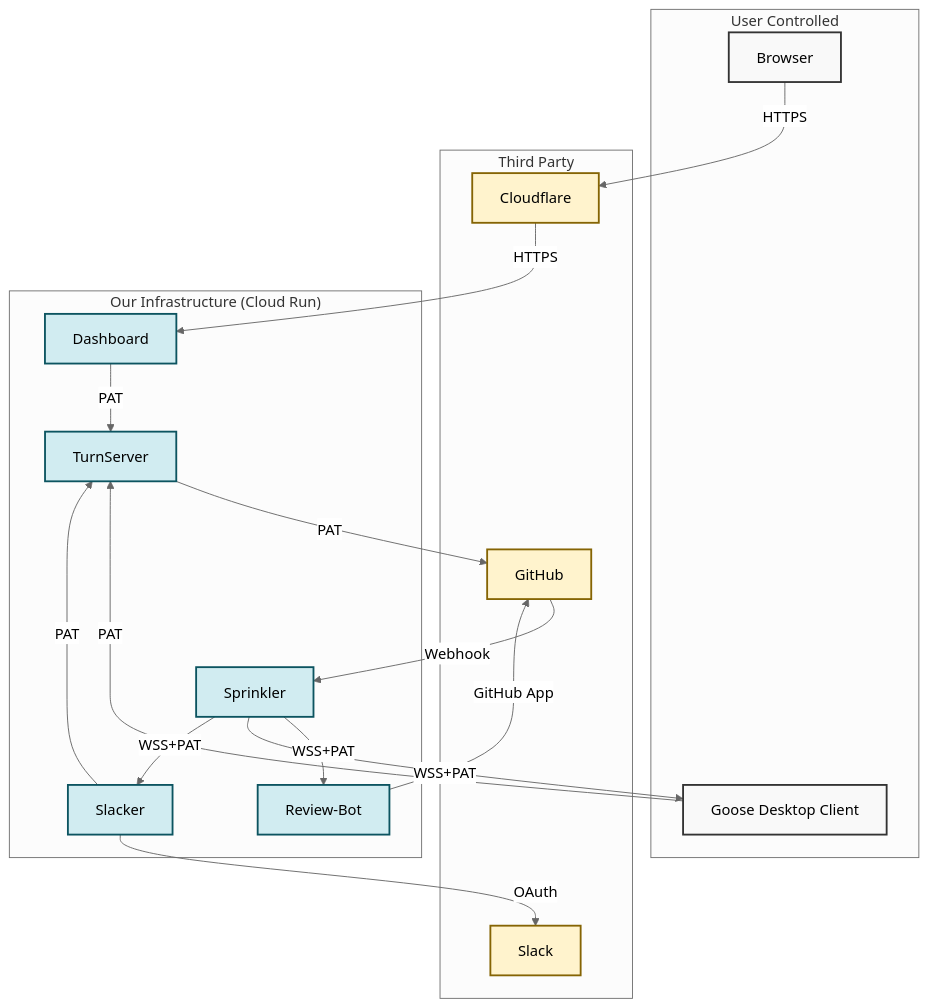
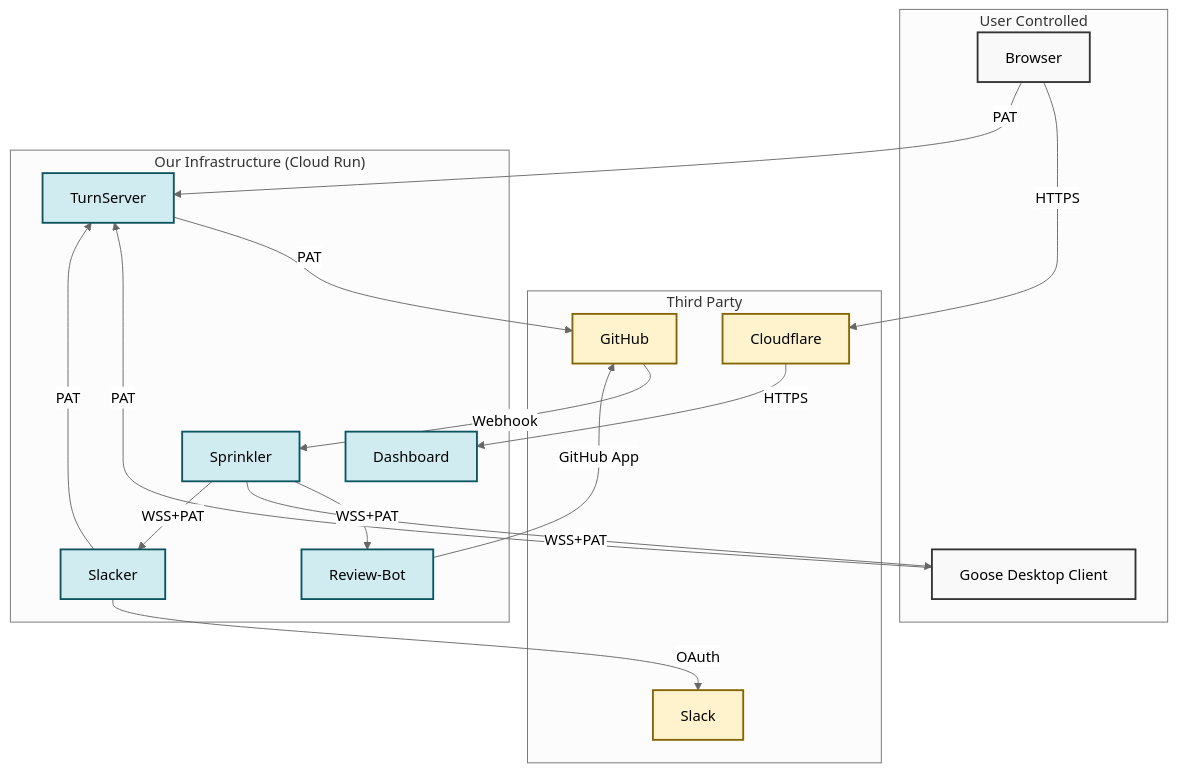
The third of 3 diagrams in README.md (codeGROOVE-dev/architecture), drawn with Mermaid (neutral theme) before and after one commit. The commit also changed other lines of this file, not shown here.

Commit message:
fix dashboard -> turnserver inaccuracy

````diff
--- a/README.md
+++ b/README.md
@@ -141,46 +141,46 @@
 ```mermaid
 flowchart TB
     subgraph "User Controlled"
         Browser["Browser"]
         Goose["Goose Desktop Client"]
     end
 
     subgraph "Third Party"
         GitHub["GitHub"]
         Slack["Slack"]
         CF["Cloudflare"]
     end
 
     subgraph "Our Infrastructure (Cloud Run)"
         Dashboard["Dashboard"]
         Sprinkler["Sprinkler"]
         ReviewBot["Review-Bot"]
         Slacker["Slacker"]
         TurnServer["TurnServer"]
     end
 
     Browser -->|HTTPS| CF
     CF -->|HTTPS| Dashboard
-    Dashboard -->|PAT| TurnServer
+    Browser -->|PAT| TurnServer
 
     GitHub -->|Webhook| Sprinkler
     Sprinkler -->|WSS+PAT| ReviewBot
     Sprinkler -->|WSS+PAT| Goose
     Sprinkler -->|WSS+PAT| Slacker
 
     ReviewBot -->|GitHub App| GitHub
     TurnServer -->|PAT| GitHub
 
     Goose -->|PAT| TurnServer
 
     Slacker -->|PAT| TurnServer
     Slacker -->|OAuth| Slack
 
     classDef user fill:#f9f9f9,stroke:#333,stroke-width:2px
     classDef third fill:#fff3cd,stroke:#856404,stroke-width:2px
     classDef ours fill:#d1ecf1,stroke:#0c5460,stroke-width:2px
 
     class Browser,Goose user
     class GitHub,Slack,CF third
     class Dashboard,Sprinkler,ReviewBot,Slacker,TurnServer ours
 ```
````
